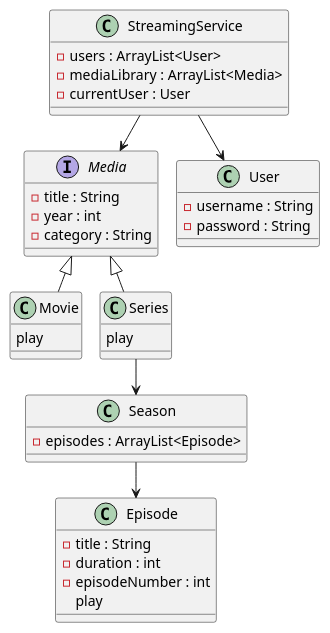
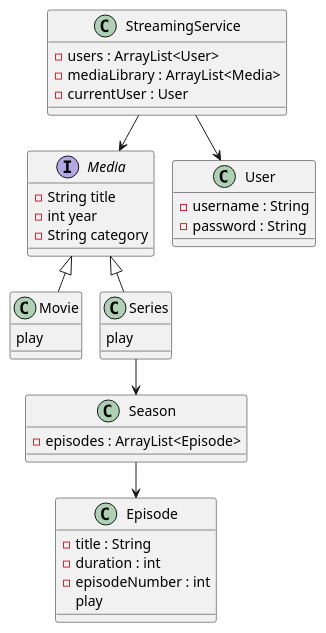
One commit to Britzgrank1/SP3 changed the diagram in doc/Classdiagram.puml. Above: the diagram before and after it, drawn with PlantUML. The commit also changed 1 other file, not shown here.

```diff
--- a/doc/Classdiagram.puml
+++ b/doc/Classdiagram.puml
@@ -1,54 +1,54 @@
 @startuml
 !pragma layout smetana
 
 class StreamingService {
     - users : ArrayList<User>
     - mediaLibrary : ArrayList<Media>
     - currentUser : User
 }
 
 Interface Media {
-    - title : String
-    - year : int
-    - category : String
+    - String title
+    - int year
+    - String category
 }
 
 class Movie {
     play
 }
 
 class Series {
     play
 }
 
 class Season {
     - episodes : ArrayList<Episode>
 }
 
 class Episode {
     - title : String
     - duration : int
     - episodeNumber : int
     play
 }
 
 class User {
     - username : String
     - password : String
 }
 
 
 'Relationer'
 
 StreamingService  -->  User
 StreamingService  --> Media
 
 
 Media <|-- Movie
 Media <|-- Series
 
 Series  -->  Season
 Season  -->  Episode
 
 
 @enduml
```
